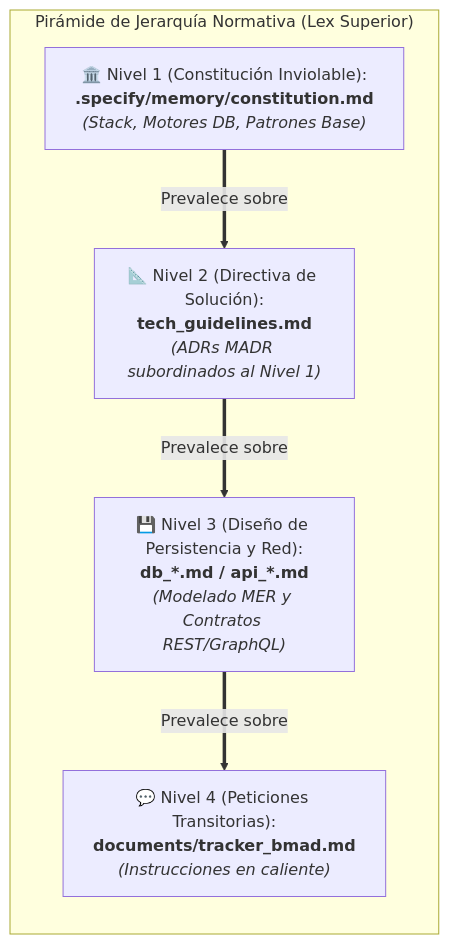
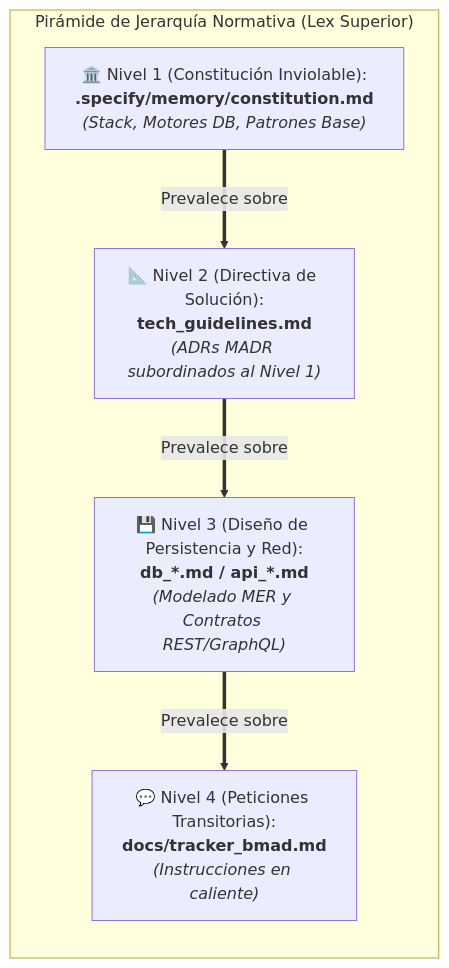
The second of 3 diagrams in README.md (pauloravicaceres/tech-work-hub), drawn with Mermaid before and after one commit. The commit also changed other lines of this file and 93 other files, not shown here.

````diff
--- a/README.md
+++ b/README.md
@@ -138,14 +138,14 @@
 ```mermaid
 flowchart TD
     subgraph JerarquiaNormativa ["Pirámide de Jerarquía Normativa (Lex Superior)"]
         direction TB
         L1["🏛️ Nivel 1 (Constitución Inviolable):<br><b>.specify/memory/constitution.md</b><br><i>(Stack, Motores DB, Patrones Base)</i>"]
         L2["📐 Nivel 2 (Directiva de Solución):<br><b>tech_guidelines.md</b><br><i>(ADRs MADR subordinados al Nivel 1)</i>"]
         L3["💾 Nivel 3 (Diseño de Persistencia y Red):<br><b>db_*.md / api_*.md</b><br><i>(Modelado MER y Contratos REST/GraphQL)</i>"]
-        L4["💬 Nivel 4 (Peticiones Transitorias):<br><b>documents/tracker_bmad.md</b><br><i>(Instrucciones en caliente)</i>"]
+        L4["💬 Nivel 4 (Peticiones Transitorias):<br><b>docs/tracker_bmad.md</b><br><i>(Instrucciones en caliente)</i>"]
     end
     
     L1 ==>|Prevalece sobre| L2
     L2 ==>|Prevalece sobre| L3
     L3 ==>|Prevalece sobre| L4
 ```
````
